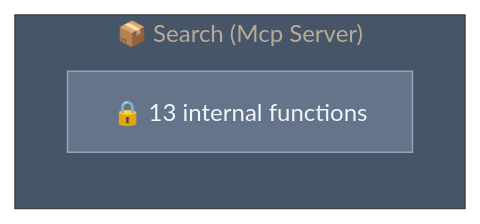
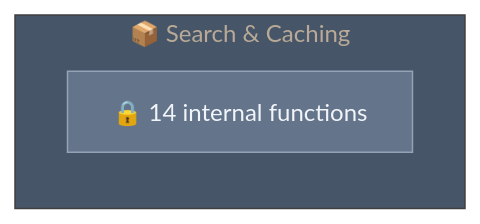
One commit to Ansh-dhanani/mikk changed the diagram in .mikk/diagrams/capsules/packages-mcp-server.mmd. Above: the diagram before and after it, drawn with Mermaid. The commit also changed 93 other files, not shown here.

Commit message:
feat: Introduce core parsing, contract, CLI, watcher, MCP server, AI context, intent engine, diagram generation, and web app components.

```diff
--- a/.mikk/diagrams/capsules/packages-mcp-server.mmd
+++ b/.mikk/diagrams/capsules/packages-mcp-server.mmd
@@ -1,12 +1,12 @@
 %%{init: {"theme": "base", "themeVariables": {"primaryColor": "#1e293b", "primaryTextColor": "#e2e8f0", "lineColor": "#64748b", "secondaryColor": "#334155", "tertiaryColor": "#475569", "background": "#0f172a", "mainBkg": "#1e293b", "nodeBorder": "#475569"}}}%%
 graph LR
 
-    subgraph packages_mcp_server["📦 Search (Mcp Server)"]
+    subgraph packages_mcp_server["📦 Search & Caching"]
         direction TB
-        internal["🔒 13 internal functions"]
+        internal["🔒 14 internal functions"]
     end
 
 
     classDef publicApi fill:#22c55e,stroke:#4ade80,color:#f0fdf4
     classDef internalApi fill:#64748b,stroke:#94a3b8,color:#f1f5f9
     class internal internalApi
```
